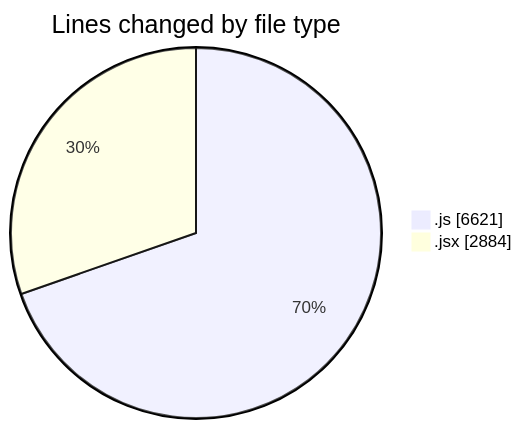
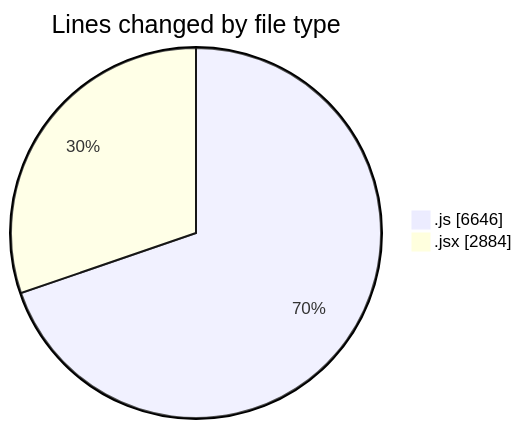
Before and after one commit to nxtqubesakshisongat/code-tracking: the first of 2 diagrams in 2025-09-26/nxtqube_webapp/README.md, drawn with Mermaid. The commit also changed other lines of this file and 1 other file, not shown here.

````diff
--- a/2025-09-26/nxtqube_webapp/README.md
+++ b/2025-09-26/nxtqube_webapp/README.md
@@ -24,6 +24,6 @@
 ```mermaid
 pie showData
 title Lines changed by file type
-".js" : 6621
+".js" : 6646
 ".jsx" : 2884
 ```
````
